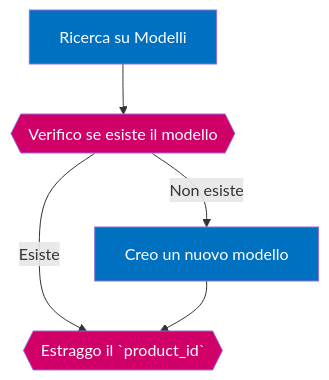
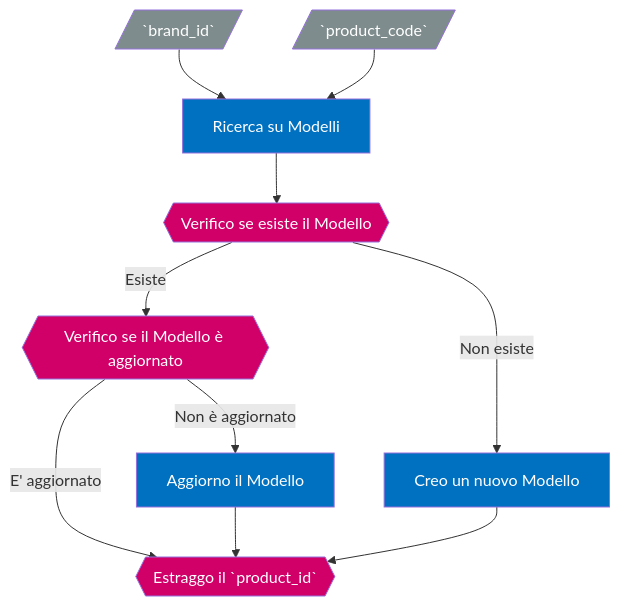
The second of 7 diagrams in how_to/import_products.md (phoenixweb/Crystal), drawn with Mermaid before and after one commit. The commit also changed other lines of this file, not shown here.

````diff
--- a/how_to/import_products.md
+++ b/how_to/import_products.md
@@ -42,13 +41,23 @@
 ```mermaid
 graph TD;
- A[Ricerca su Modelli]:::action;
- B{{Verifico se esiste il modello}}:::logic;
- C[Creo un nuovo modello]:::action;
- D{{Estraggo il `product_id`}}:::logic;
- A-->B;
- B-->|Esiste|D;
- B-->|Non esiste|C;
- C-->D;
- classDef action fill:#0070C0,color:#FFF;
- classDef logic fill:#D10069,color:#FFF;
+	A[/`brand_id`/]:::input;
+	B[/`product_code`/]:::input;
+	C[Ricerca su Modelli]:::action;
+	D{{Verifico se esiste il Modello}}:::logic;
+	E{{Verifico se il Modello è aggiornato}}:::logic;
+	F[Creo un nuovo Modello]:::action;
+	G[Aggiorno il Modello]:::action;
+	H{{Estraggo il `product_id`}}:::logic;
+	A-->C;
+	B-->C;
+	C-->D;
+	D-->|Esiste|E;
+	E-->|Non è aggiornato|G;
+	E-->|E' aggiornato|H;
+	G-->H;
+	D-->|Non esiste|F;
+	F-->H;
+	classDef input fill:#7F8C8D,color:#FFF;
+	classDef action fill:#0070C0,color:#FFF;
+	classDef logic fill:#D10069,color:#FFF;
 ```
````
